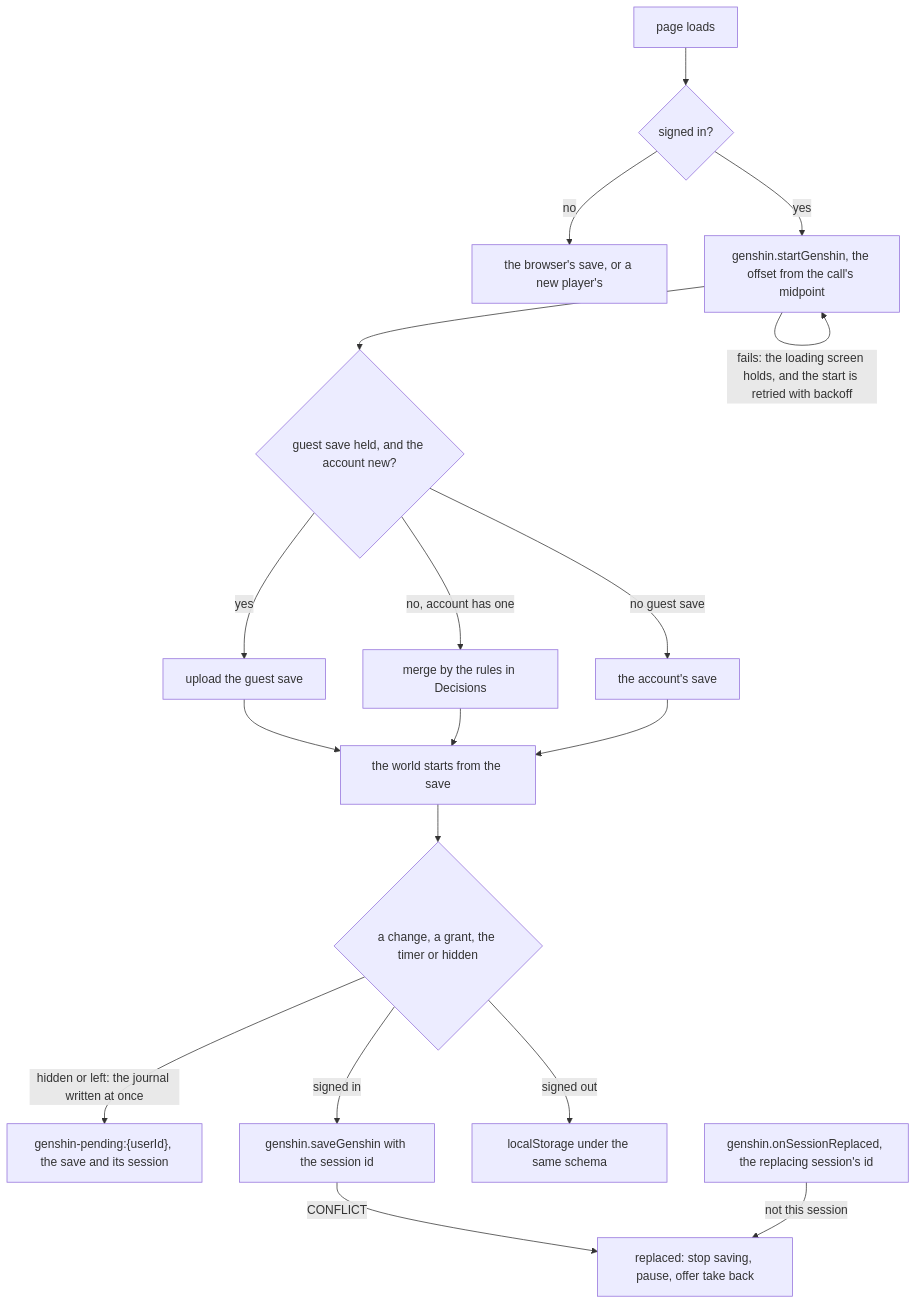
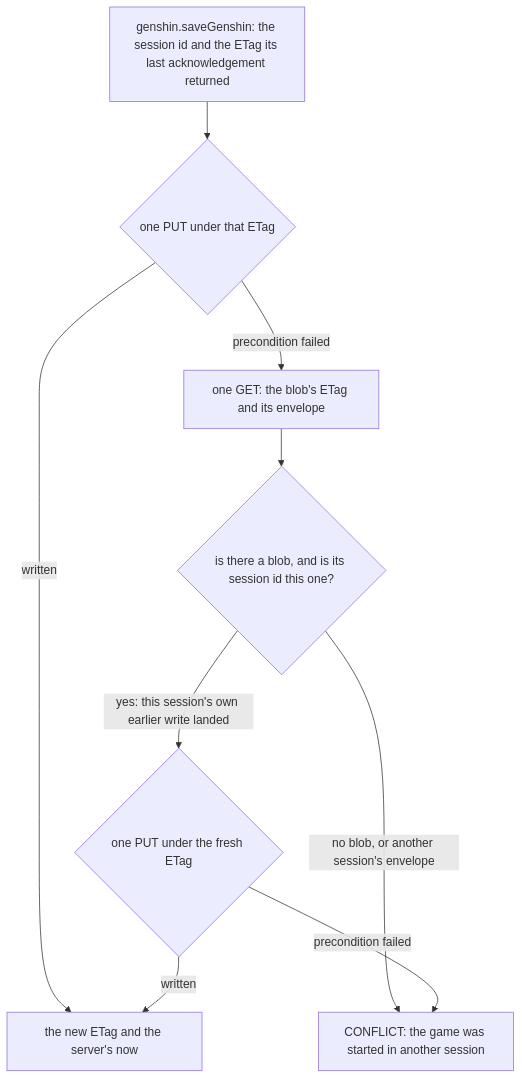
One commit to Esposter/Esposter changed the second of 4 diagrams in apps/web/content/docs/genshin/save-data.md. Above: the diagram before and after it, drawn with Mermaid. The commit also changed other lines of this file and 1 other file, not shown here.

First line of the commit message:
docs(genshin): the save data page owns what the save holds and what it does not, the write budget and the start and save flows, and the storage quota records the Genshin save as uncounted by decision

````diff
--- a/apps/web/content/docs/genshin/save-data.md
+++ b/apps/web/content/docs/genshin/save-data.md
@@ -35,20 +51,11 @@
 ```mermaid
 flowchart TD
-  L["page loads"] --> S{"signed in?"}
-  S -->|"no"| G["the browser's save, or a new player's"]
-  S -->|"yes"| ST["genshin.startGenshin, the offset from the call's midpoint"]
-  ST -->|"fails: the loading screen holds, and the start is retried with backoff"| ST
-  ST --> M{"guest save held, and the account new?"}
-  M -->|"yes"| U["upload the guest save"]
-  M -->|"no, account has one"| MG["merge by the rules in Decisions"]
-  M -->|"no guest save"| A["the account's save"]
-  U --> W["the world starts from the save"]
-  MG --> W
-  A --> W
-  W --> C{"a change, a grant, the timer or hidden"}
-  C -->|"hidden or left: the journal written at once"| J["genshin-pending:{userId}, the save and its session"]
-  C -->|"signed in"| SV["genshin.saveGenshin with the session id"]
-  C -->|"signed out"| LS["localStorage under the same schema"]
-  SV -->|"CONFLICT"| R["replaced: stop saving, pause, offer take back"]
-  RP["genshin.onSessionReplaced, the replacing session's id"] -->|"not this session"| R
+  V["genshin.saveGenshin: the session id and the ETag its last acknowledgement returned"] --> W1{"one PUT under that ETag"}
+  W1 -->|"written"| N["the new ETag and the server's now"]
+  W1 -->|"precondition failed"| R2["one GET: the blob's ETag and its envelope"]
+  R2 --> C{"is there a blob, and is its session id this one?"}
+  C -->|"no blob, or another session's envelope"| E["CONFLICT: the game was started in another session"]
+  C -->|"yes: this session's own earlier write landed"| W3{"one PUT under the fresh ETag"}
+  W3 -->|"precondition failed"| E
+  W3 -->|"written"| N
 ```
````
